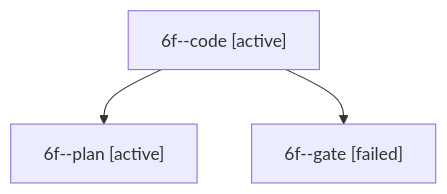
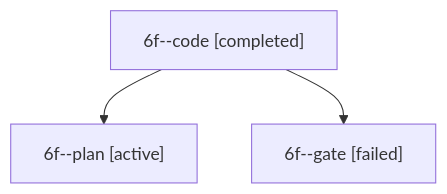
The diagram in sessions/bbugyi200.apollo.6f.md (sase-org/sase--agents), drawn with Mermaid before and after one commit. The commit also changed other lines of this file and 13 other files, not shown here.

````diff
--- a/sessions/bbugyi200.apollo.6f.md
+++ b/sessions/bbugyi200.apollo.6f.md
@@ -9,8 +9,8 @@
 ```mermaid
 flowchart TD
-  n0["6f--code [active]"]
+  n0["6f--code [completed]"]
   n1["6f--plan [active]"]
   n0 --> n1
   n2["6f--gate [failed]"]
   n0 --> n2
 ```
````
